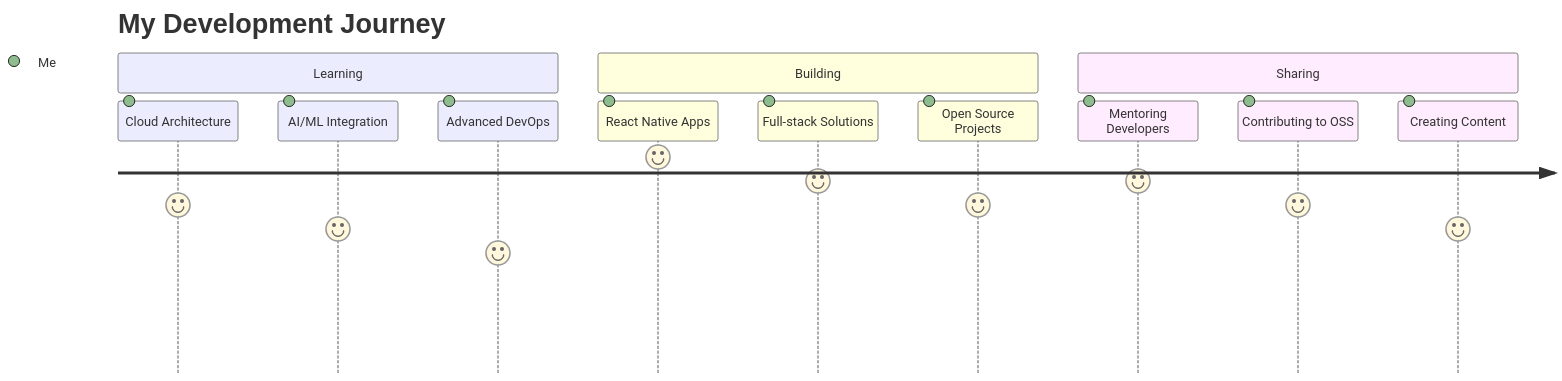
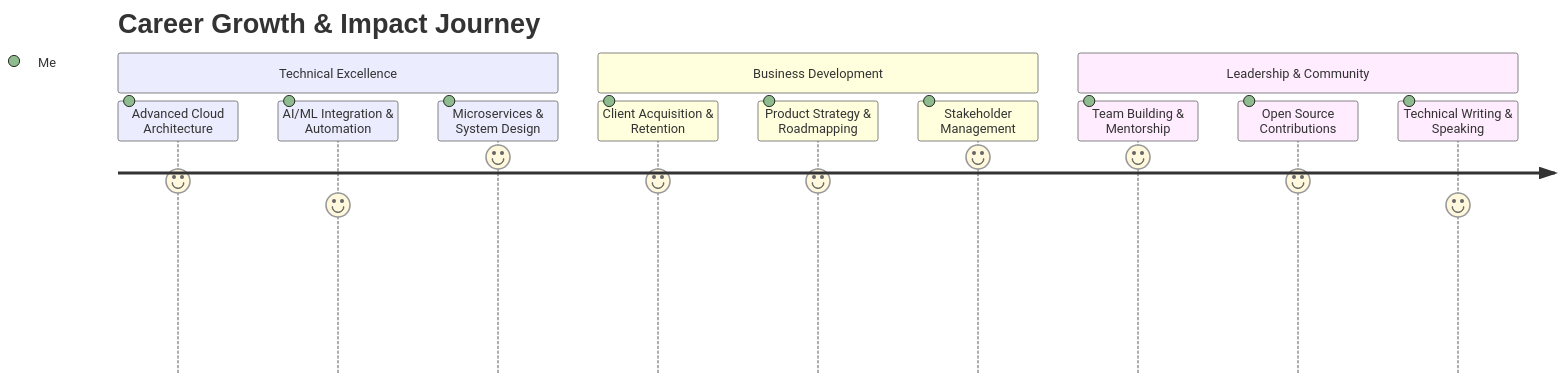
The second of 2 diagrams in README.md (ChristianAgyapong/ChristianAgyapong), drawn with Mermaid before and after one commit. The commit also changed other lines of this file, not shown here.

````diff
--- a/README.md
+++ b/README.md
@@ -168,16 +273,16 @@
 ```mermaid
 journey
-    title My Development Journey
-    section Learning
-      Cloud Architecture: 7: Me
-      AI/ML Integration: 6: Me
-      Advanced DevOps: 5: Me
-    section Building
-      React Native Apps: 9: Me
-      Full-stack Solutions: 8: Me
-      Open Source Projects: 7: Me
-    section Sharing
-      Mentoring Developers: 8: Me
-      Contributing to OSS: 7: Me
-      Creating Content: 6: Me
+    title Career Growth & Impact Journey
+    section Technical Excellence
+      Advanced Cloud Architecture: 8: Me
+      AI/ML Integration & Automation: 7: Me
+      Microservices & System Design: 9: Me
+    section Business Development
+      Client Acquisition & Retention: 8: Me
+      Product Strategy & Roadmapping: 8: Me
+      Stakeholder Management: 9: Me
+    section Leadership & Community
+      Team Building & Mentorship: 9: Me
+      Open Source Contributions: 8: Me
+      Technical Writing & Speaking: 7: Me
 ```
````
